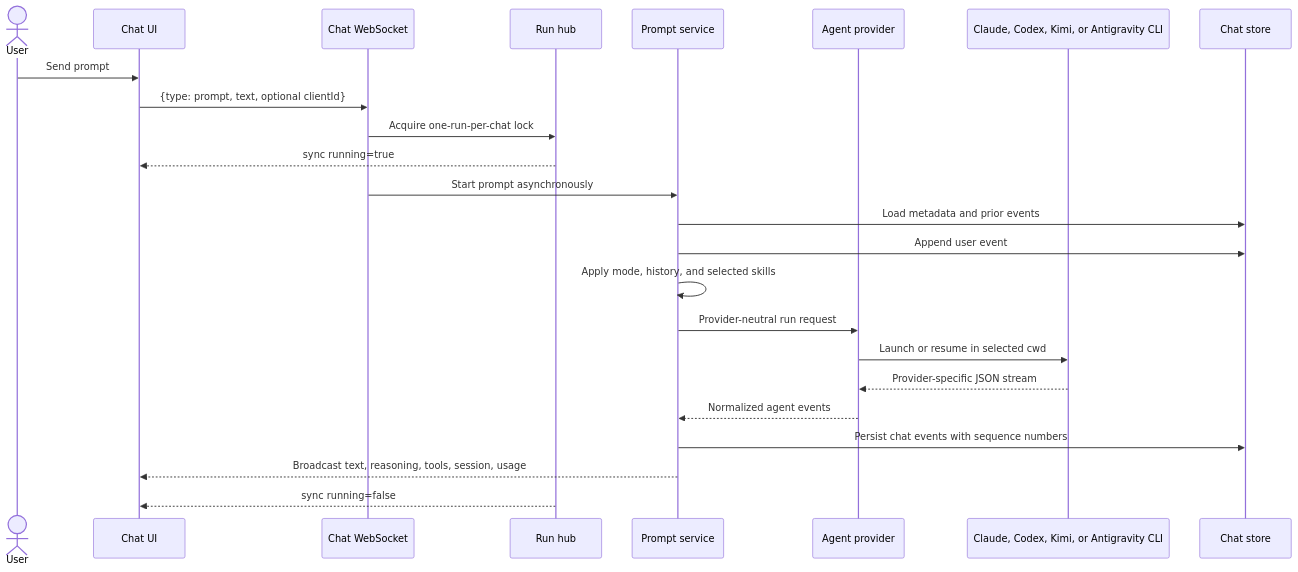
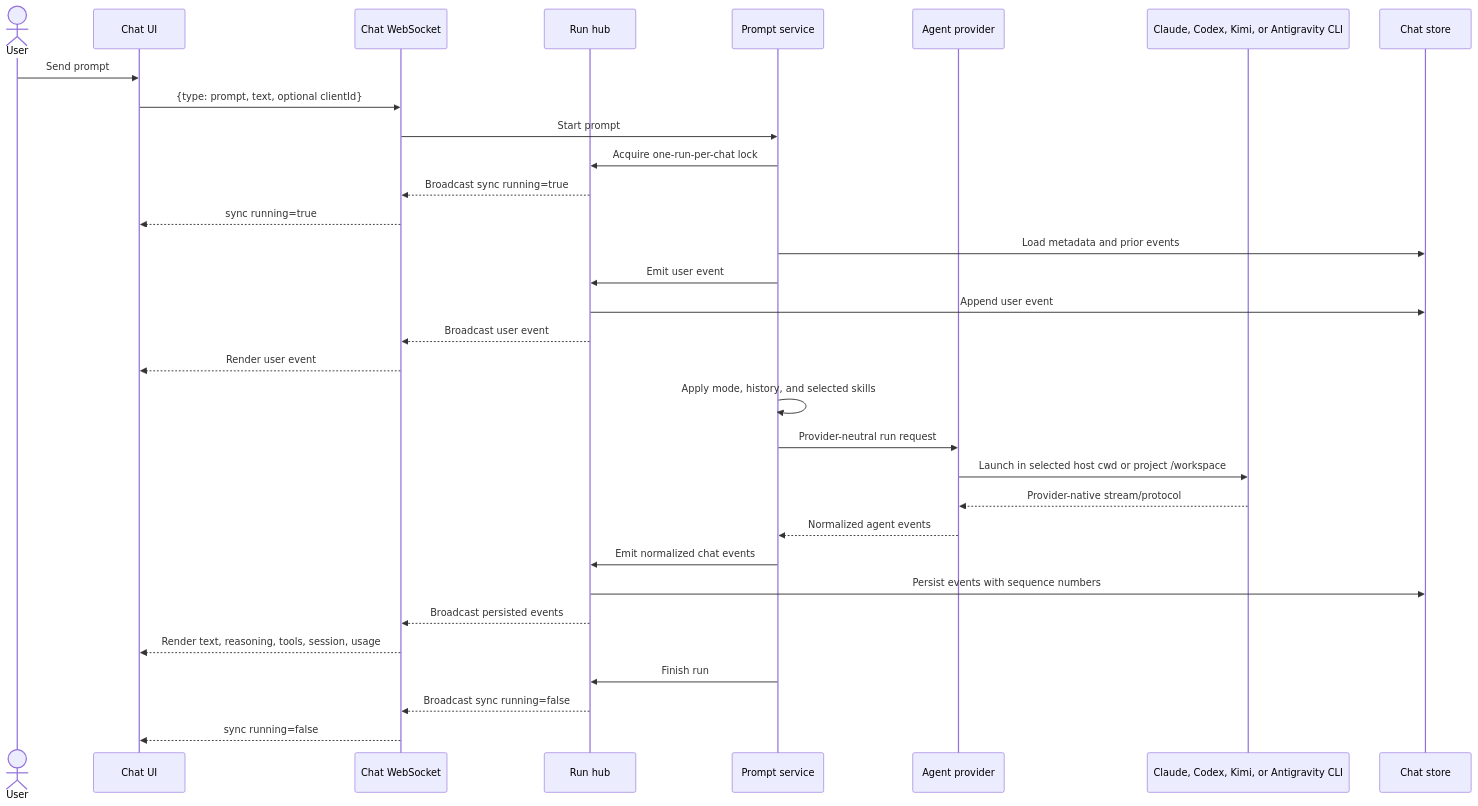
Before and after one commit to AbdallahMohamedDotnet/remote.futrx: the second of 5 diagrams in docs/02-workspaces/04-chat-and-agents.md, drawn with Mermaid. The commit also changed other lines of this file and 26 other files, not shown here.

````diff
--- a/docs/02-workspaces/04-chat-and-agents.md
+++ b/docs/02-workspaces/04-chat-and-agents.md
@@ -25,27 +25,35 @@
 ```mermaid
 sequenceDiagram
     actor User
     participant UI as Chat UI
     participant WS as Chat WebSocket
     participant Hub as Run hub
     participant Prompt as Prompt service
     participant Provider as Agent provider
     participant CLI as Claude, Codex, Kimi, or Antigravity CLI
     participant Store as Chat store
 
     User->>UI: Send prompt
     UI->>WS: {type: prompt, text, optional clientId}
-    WS->>Hub: Acquire one-run-per-chat lock
-    Hub-->>UI: sync running=true
-    WS->>Prompt: Start prompt asynchronously
+    WS->>Prompt: Start prompt
+    Prompt->>Hub: Acquire one-run-per-chat lock
+    Hub-->>WS: Broadcast sync running=true
+    WS-->>UI: sync running=true
     Prompt->>Store: Load metadata and prior events
-    Prompt->>Store: Append user event
+    Prompt->>Hub: Emit user event
+    Hub->>Store: Append user event
+    Hub-->>WS: Broadcast user event
+    WS-->>UI: Render user event
     Prompt->>Prompt: Apply mode, history, and selected skills
     Prompt->>Provider: Provider-neutral run request
-    Provider->>CLI: Launch or resume in selected cwd
-    CLI-->>Provider: Provider-specific JSON stream
+    Provider->>CLI: Launch in selected host cwd or project /workspace
+    CLI-->>Provider: Provider-native stream/protocol
     Provider-->>Prompt: Normalized agent events
-    Prompt->>Store: Persist chat events with sequence numbers
-    Prompt-->>UI: Broadcast text, reasoning, tools, session, usage
-    Hub-->>UI: sync running=false
+    Prompt->>Hub: Emit normalized chat events
+    Hub->>Store: Persist events with sequence numbers
+    Hub-->>WS: Broadcast persisted events
+    WS-->>UI: Render text, reasoning, tools, session, usage
+    Prompt->>Hub: Finish run
+    Hub-->>WS: Broadcast sync running=false
+    WS-->>UI: sync running=false
 ```
````
